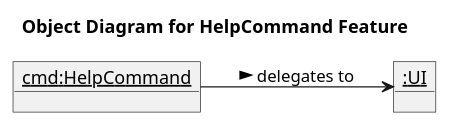
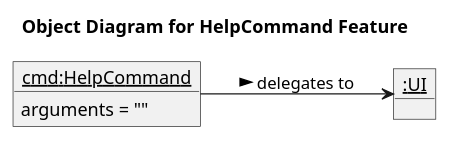
Before and after one commit to YeoSiZhao/tp: the diagram in docs/diagrams/object/HelpCommandObjectDiagram.puml, drawn with PlantUML. The commit also changed 20 other files, not shown here.

Commit message:
DG & UI Fixes - fixed Help, Clear and Delete (sequence diagram) - fixed UI

```diff
--- a/docs/diagrams/object/HelpCommandObjectDiagram.puml
+++ b/docs/diagrams/object/HelpCommandObjectDiagram.puml
@@ -1,10 +1,12 @@
 @startuml
 title Object Diagram for HelpCommand Feature
 hide circle
 left to right direction
 
-object "<u>cmd:HelpCommand</u>" as command
+object "<u>cmd:HelpCommand</u>" as command {
+  arguments = ""
+}
 object "<u>:UI</u>" as ui
 
 command --> ui : delegates to >
 @enduml
```
